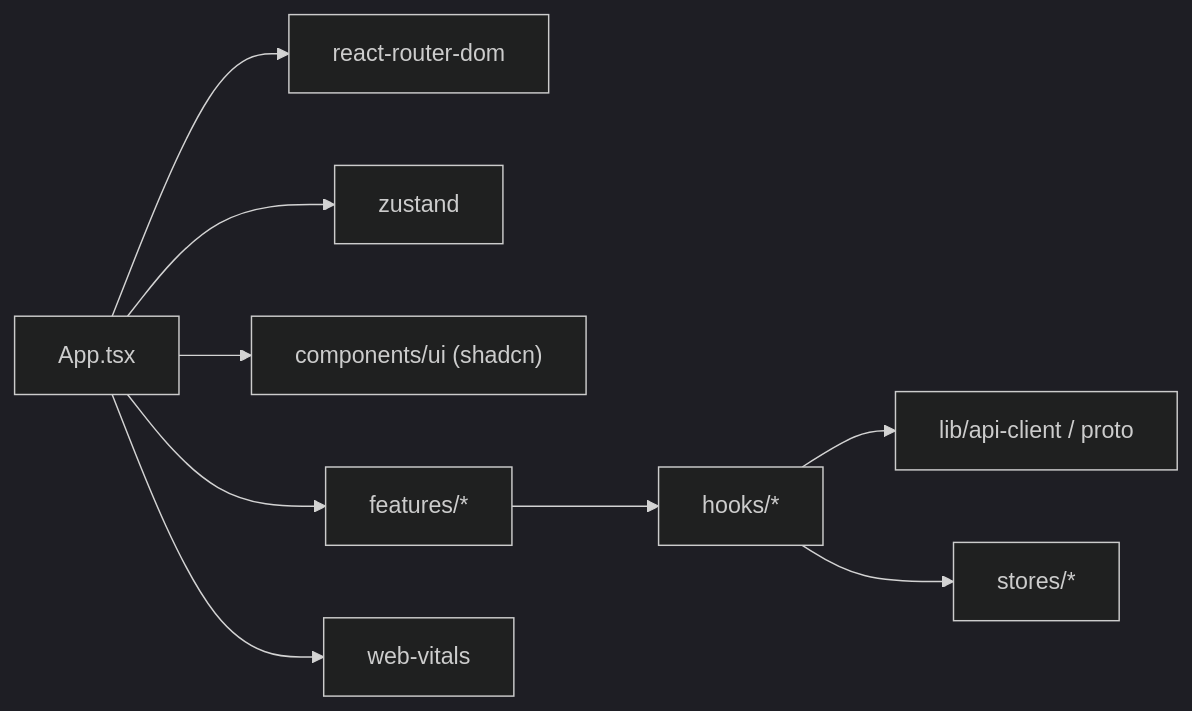
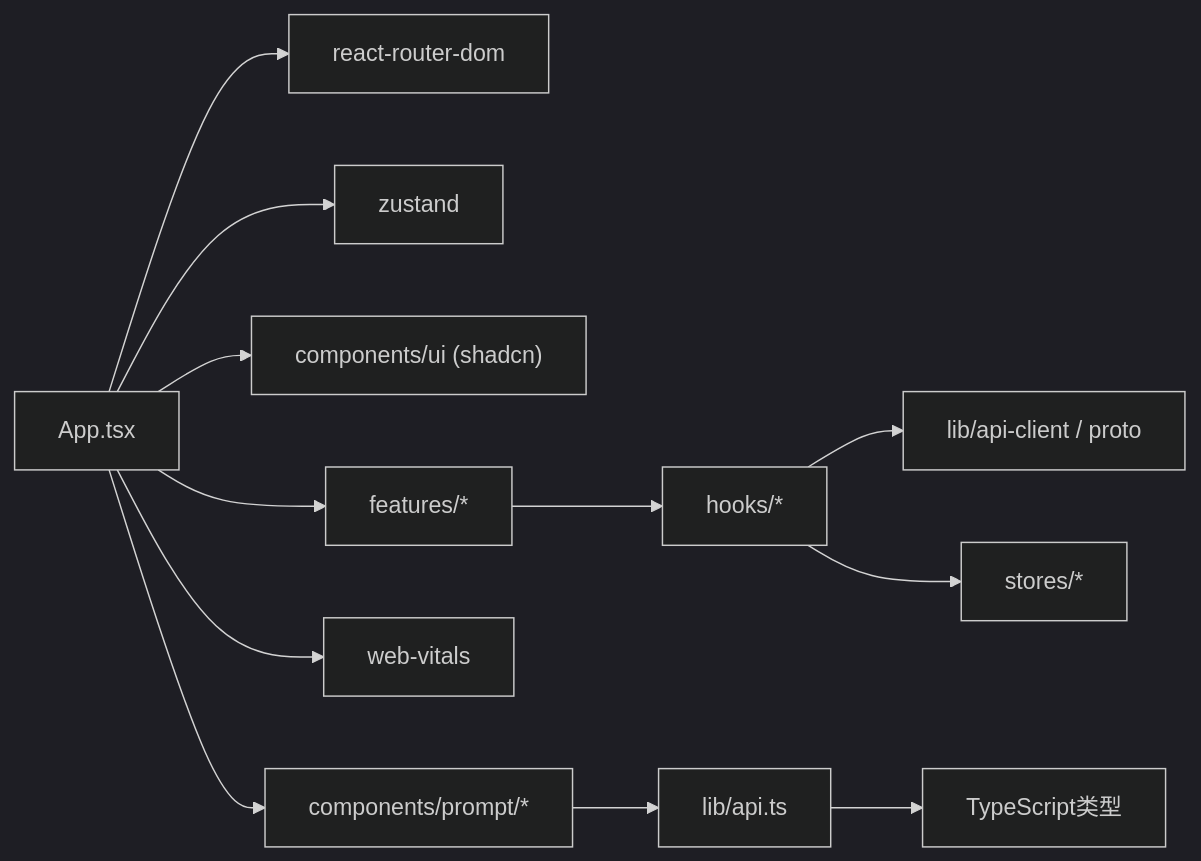
One commit to songlinhe5-lab/quant_agent changed diagram 11 of 11 in .qoder/repowiki/zh/content/前端开发指南/前端开发指南.md. Above: the diagram before and after it, drawn with Mermaid (dark theme). The commit also changed other lines of this file and 294 other files, not shown here.

````diff
--- a/.qoder/repowiki/zh/content/前端开发指南/前端开发指南.md
+++ b/.qoder/repowiki/zh/content/前端开发指南/前端开发指南.md
@@ -265,11 +411,14 @@
 ```mermaid
 graph LR
 A["App.tsx"] --> B["react-router-dom"]
 A --> C["zustand"]
 A --> D["components/ui (shadcn)"]
 A --> E["features/*"]
 E --> F["hooks/*"]
 F --> G["lib/api-client / proto"]
 F --> H["stores/*"]
 A --> I["web-vitals"]
+A --> J["components/prompt/*"]
+J --> K["lib/api.ts"]
+K --> L["TypeScript类型"]
 ```
````
